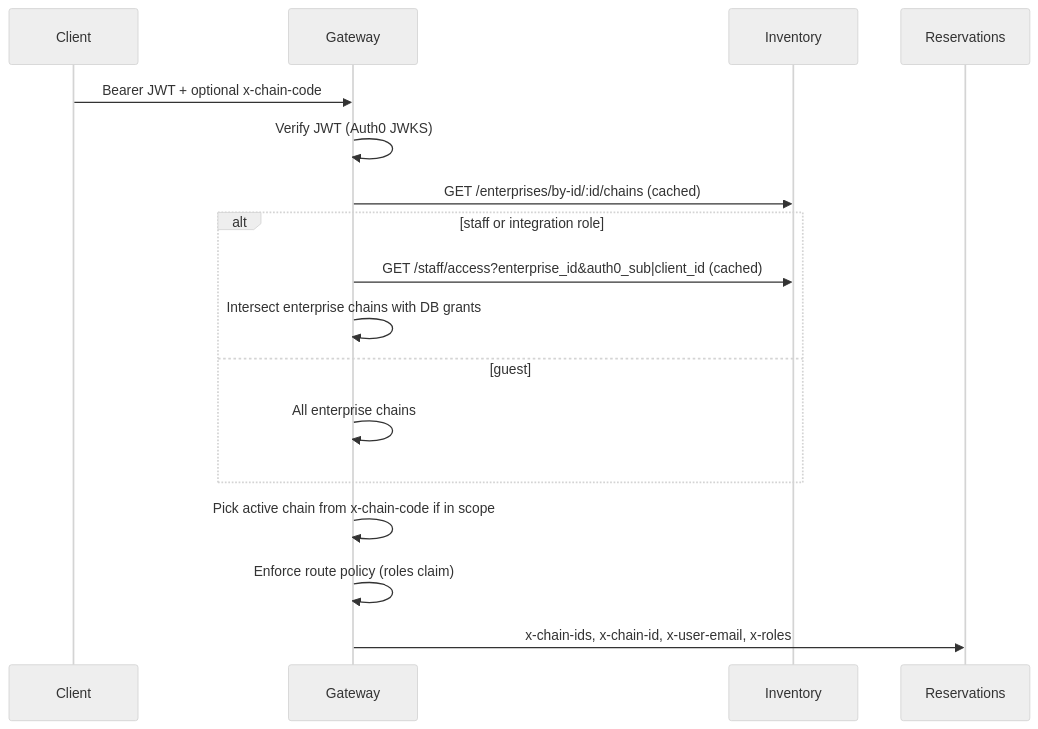
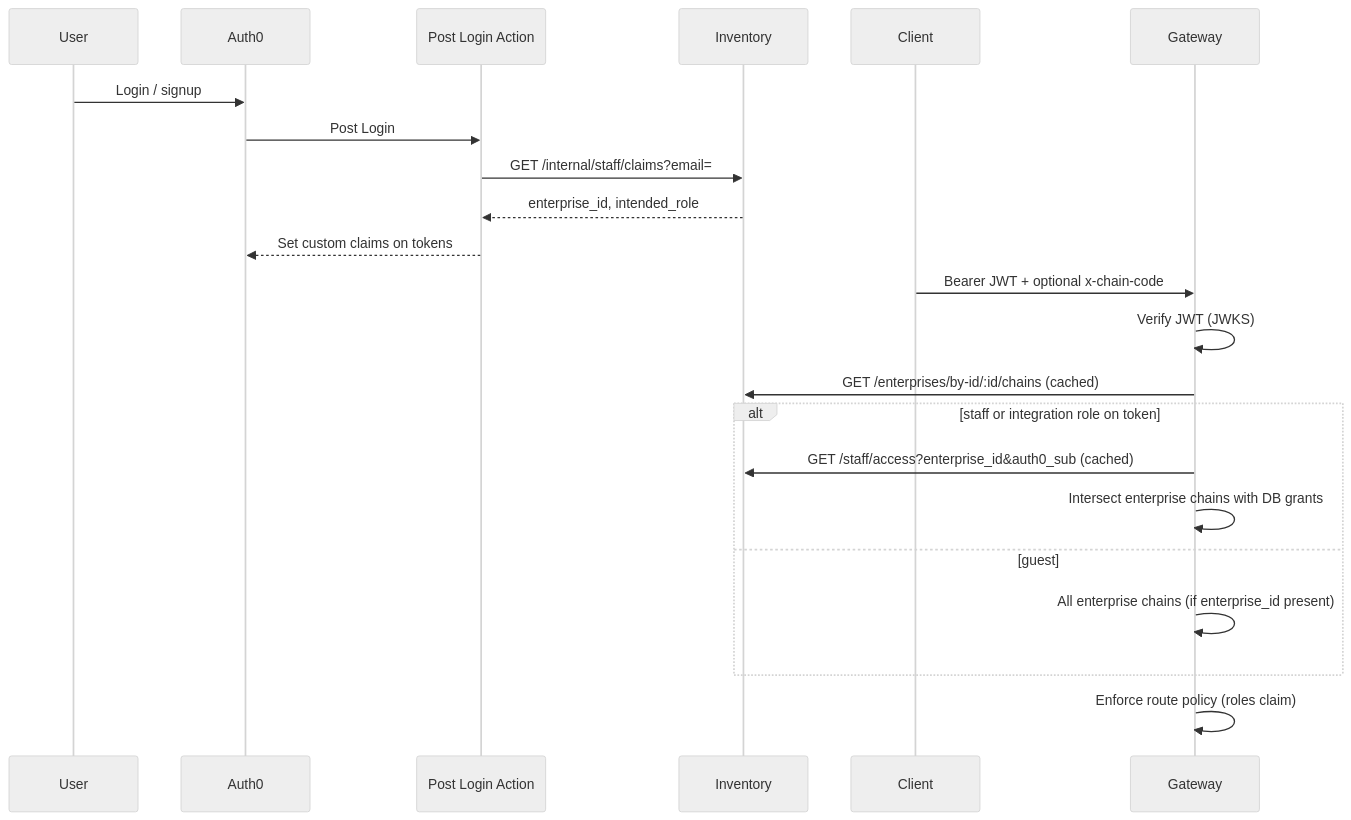
The first of 2 diagrams in docs/AUTHORIZATION.md (mohanishappy/hospitality-platform), drawn with Mermaid (neutral theme) before and after one commit. The commit also changed other lines of this file and 3 other files, not shown here.

First line of the commit message:
docs: Phase 9 portals, invite flow, and DB-driven roles

````diff
--- a/docs/AUTHORIZATION.md
+++ b/docs/AUTHORIZATION.md
@@ -41,20 +101,51 @@
 ```mermaid
+
 sequenceDiagram
+
+  participant User
+
+  participant Auth0
+
+  participant Action as Post Login Action
+
+  participant INV as Inventory
+
   participant Client
+
   participant GW as Gateway
-  participant INV as Inventory
-  participant RES as Reservations
+
+
+
+  User->>Auth0: Login / signup
+
+  Auth0->>Action: Post Login
+
+  Action->>INV: GET /internal/staff/claims?email=
+
+  INV-->>Action: enterprise_id, intended_role
+
+  Action-->>Auth0: Set custom claims on tokens
+
+
 
   Client->>GW: Bearer JWT + optional x-chain-code
-  GW->>GW: Verify JWT (Auth0 JWKS)
+
+  GW->>GW: Verify JWT (JWKS)
+
   GW->>INV: GET /enterprises/by-id/:id/chains (cached)
-  alt staff or integration role
-    GW->>INV: GET /staff/access?enterprise_id&auth0_sub|client_id (cached)
+
+  alt staff or integration role on token
+
+    GW->>INV: GET /staff/access?enterprise_id&auth0_sub (cached)
+
     GW->>GW: Intersect enterprise chains with DB grants
+
   else guest
-    GW->>GW: All enterprise chains
+
+    GW->>GW: All enterprise chains (if enterprise_id present)
+
   end
-  GW->>GW: Pick active chain from x-chain-code if in scope
+
   GW->>GW: Enforce route policy (roles claim)
-  GW->>RES: x-chain-ids, x-chain-id, x-user-email, x-roles
+
 ```
````
